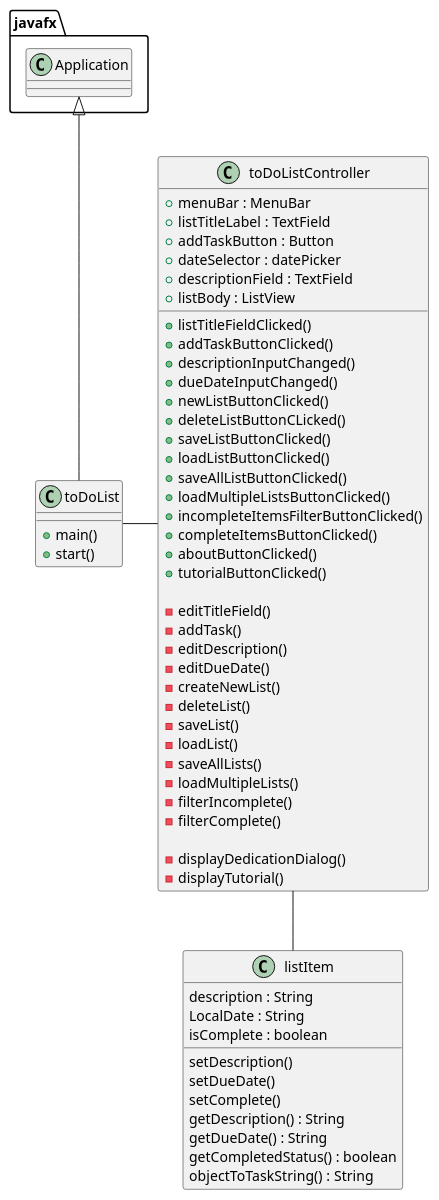
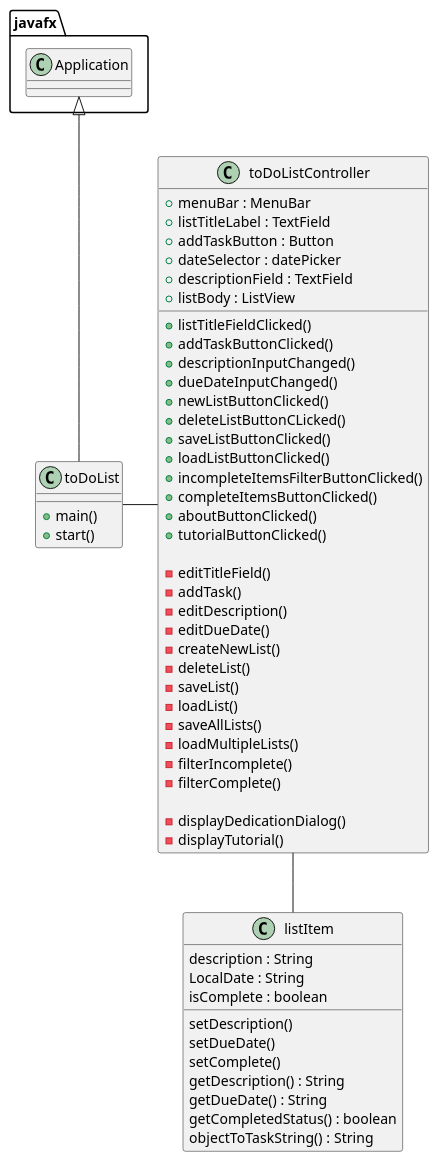
One commit to jasonsaini/Java-ToDo-GUI changed the diagram in uml/ToDoList.puml. Above: the diagram before and after it, drawn with PlantUML. The commit also changed 7 other files, not shown here.

```diff
--- a/uml/ToDoList.puml
+++ b/uml/ToDoList.puml
@@ -1,71 +1,69 @@
 @startuml
 
 class toDoList
 {
     + main()
     + start()
 }
 
 class toDoListController
 {
 
         + menuBar : MenuBar
         + listTitleLabel : TextField
         + addTaskButton : Button
         + dateSelector : datePicker
         + descriptionField : TextField
         + listBody : ListView
 
         + listTitleFieldClicked()
         + addTaskButtonClicked()
         + descriptionInputChanged()
         + dueDateInputChanged()
         + newListButtonClicked()
         + deleteListButtonCLicked()
         + saveListButtonClicked()
         + loadListButtonClicked()
-        + saveAllListButtonClicked()
-        + loadMultipleListsButtonClicked()
         + incompleteItemsFilterButtonClicked()
         + completeItemsButtonClicked()
         + aboutButtonClicked()
         + tutorialButtonClicked()
 
         - editTitleField()
         - addTask()
         - editDescription()
         - editDueDate()
         - createNewList()
         - deleteList()
         - saveList()
         - loadList()
         - saveAllLists()
         - loadMultipleLists()
         - filterIncomplete()
         - filterComplete()
 
         - displayDedicationDialog()
         - displayTutorial()
 }
 
 
 class listItem
 {
     description : String
     LocalDate : String
     isComplete : boolean
 
     setDescription()
     setDueDate()
     setComplete()
     getDescription() : String
     getDueDate() : String
     getCompletedStatus() : boolean
     objectToTaskString() : String
 }
 
 javafx.Application <|-- toDoList
 toDoList - toDoListController
 toDoListController -- listItem
 
 @enduml
```
